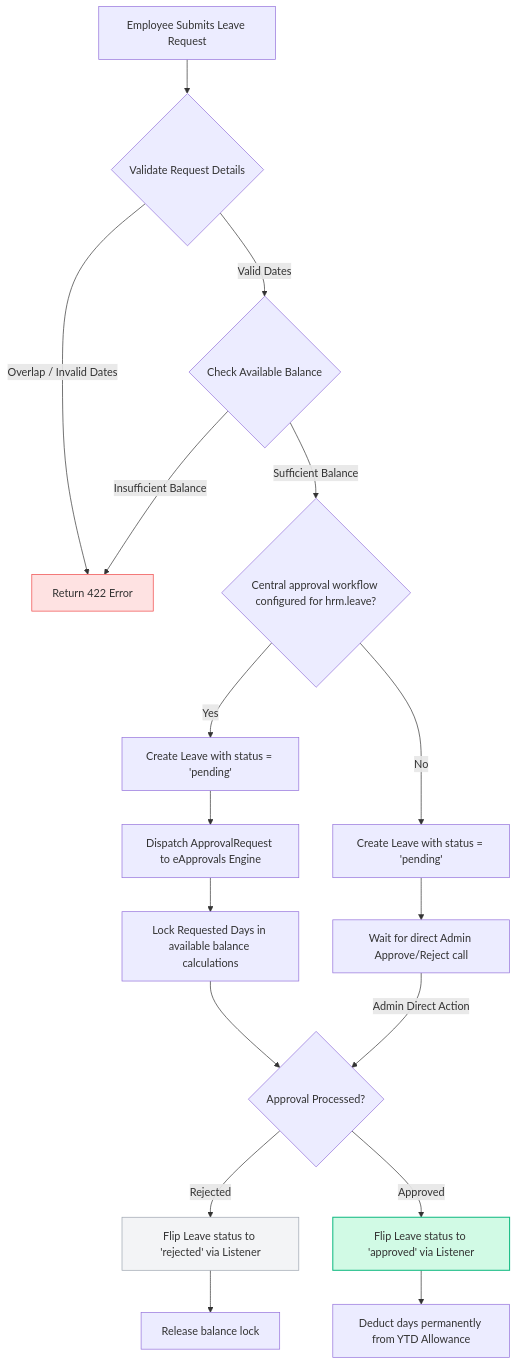
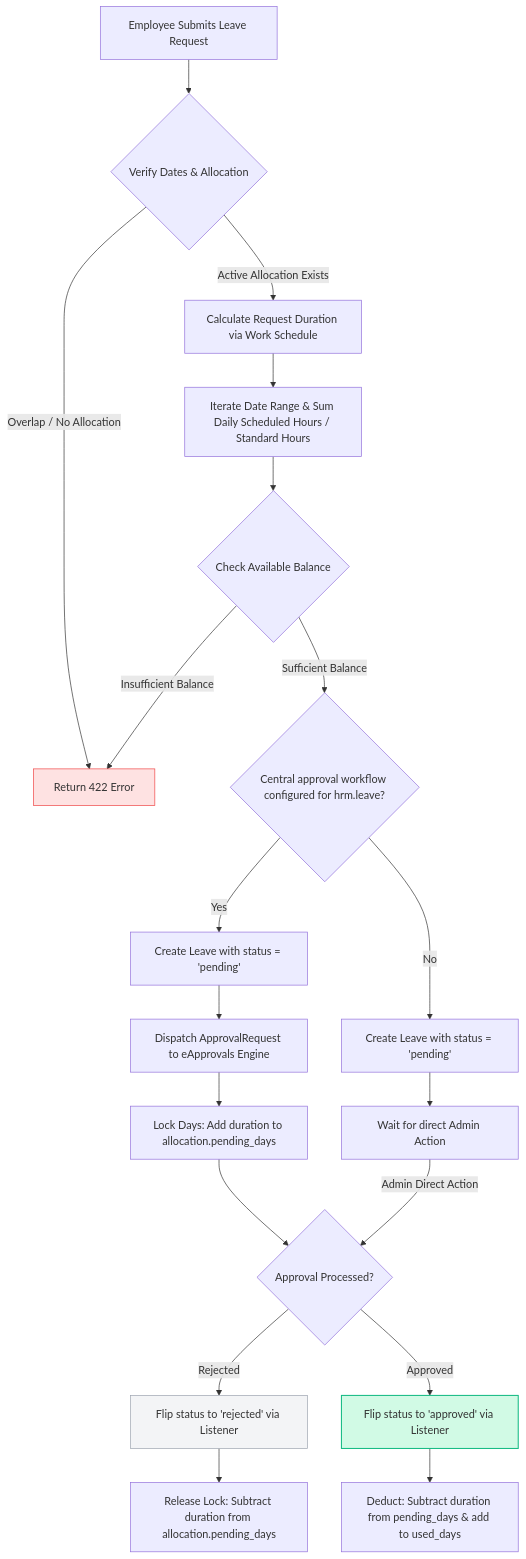
One commit to pphatdev/erp-prompt changed the second of 3 diagrams in skills/hrm/time_off_attendance/flow.md. Above: the diagram before and after it, drawn with Mermaid. The commit also changed other lines of this file and 129 other files, not shown here.

Commit message:
feat: implement full-stack HRM module including recruitment, onboarding, payroll, attendance, and leave management features.

````diff
--- a/skills/hrm/time_off_attendance/flow.md
+++ b/skills/hrm/time_off_attendance/flow.md
@@ -58,29 +58,32 @@
 ```mermaid
 flowchart TD
-    A[Employee Submits Leave Request] --> B{Validate Request Details}
-    B -->|Overlap / Invalid Dates| C[Return 422 Error]
-    B -->|Valid Dates| D{Check Available Balance}
+    A[Employee Submits Leave Request] --> B{Verify Dates & Allocation}
+    B -->|Overlap / No Allocation| C[Return 422 Error]
+    B -->|Active Allocation Exists| D[Calculate Request Duration via Work Schedule]
     
-    D -->|Insufficient Balance| C
-    D -->|Sufficient Balance| E{Central approval workflow configured for hrm.leave?}
+    D --> E[Iterate Date Range & Sum Daily Scheduled Hours / Standard Hours]
+    E --> F{Check Available Balance}
+    
+    F -->|Insufficient Balance| C
+    F -->|Sufficient Balance| G{Central approval workflow configured for hrm.leave?}
     
     %% Centralized Workflow Path
-    E -->|Yes| F[Create Leave with status = 'pending']
-    F --> G[Dispatch ApprovalRequest to eApprovals Engine]
-    G --> H[Lock Requested Days in available balance calculations]
-    H --> I{Approval Processed?}
+    G -->|Yes| H[Create Leave with status = 'pending']
+    H --> I[Dispatch ApprovalRequest to eApprovals Engine]
+    I --> J[Lock Days: Add duration to allocation.pending_days]
+    J --> K{Approval Processed?}
     
-    I -->|Rejected| J[Flip Leave status to 'rejected' via Listener]
-    J --> K[Release balance lock]
-    I -->|Approved| L[Flip Leave status to 'approved' via Listener]
-    L --> M[Deduct days permanently from YTD Allowance]
+    K -->|Rejected| L[Flip status to 'rejected' via Listener]
+    L --> M[Release Lock: Subtract duration from allocation.pending_days]
+    K -->|Approved| N[Flip status to 'approved' via Listener]
+    N --> O[Deduct: Subtract duration from pending_days & add to used_days]
     
     %% Legacy Fallback Path
-    E -->|No| N[Create Leave with status = 'pending']
-    N --> O[Wait for direct Admin Approve/Reject call]
-    O -->|Admin Direct Action| I
+    G -->|No| P[Create Leave with status = 'pending']
+    P --> Q[Wait for direct Admin Action]
+    Q -->|Admin Direct Action| K
     
     style C fill:#fee2e2,stroke:#ef4444,stroke-width:1px;
-    style L fill:#d1fae5,stroke:#10b981,stroke-width:1.5px;
-    style J fill:#f3f4f6,stroke:#9ca3af,stroke-width:1px;
+    style N fill:#d1fae5,stroke:#10b981,stroke-width:1.5px;
+    style L fill:#f3f4f6,stroke:#9ca3af,stroke-width:1px;
 ```
````
